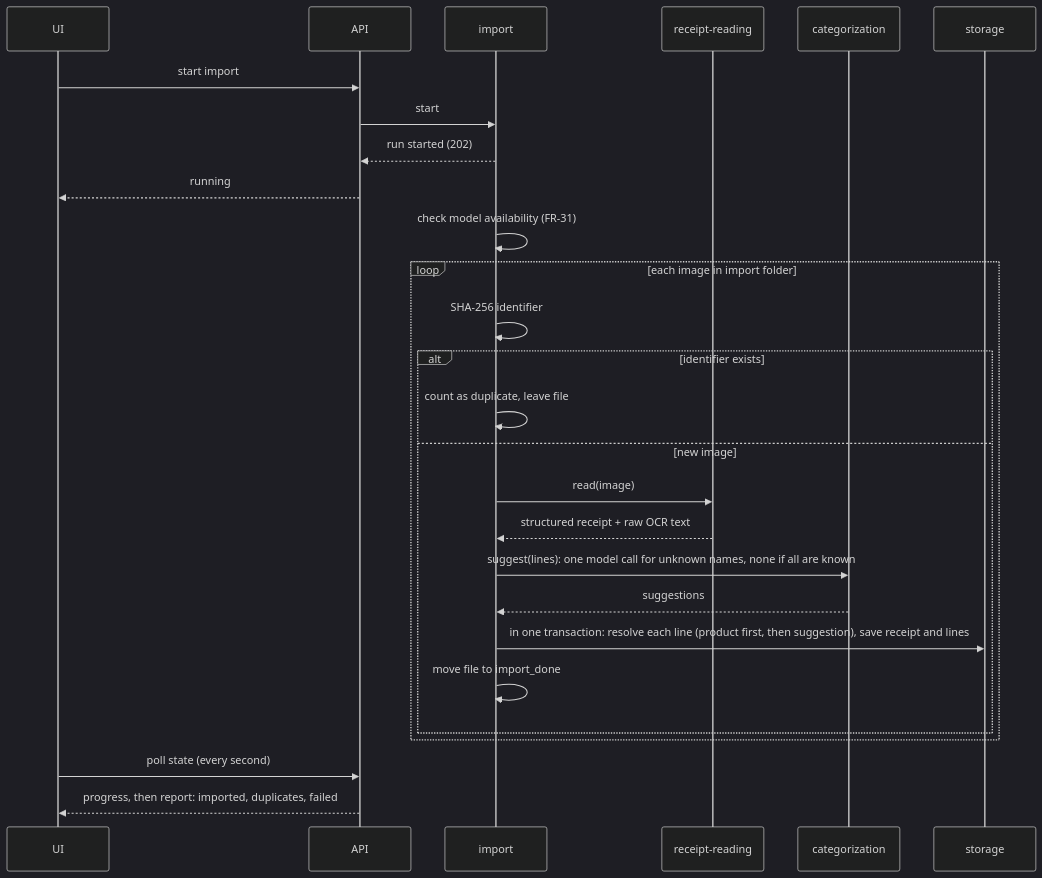
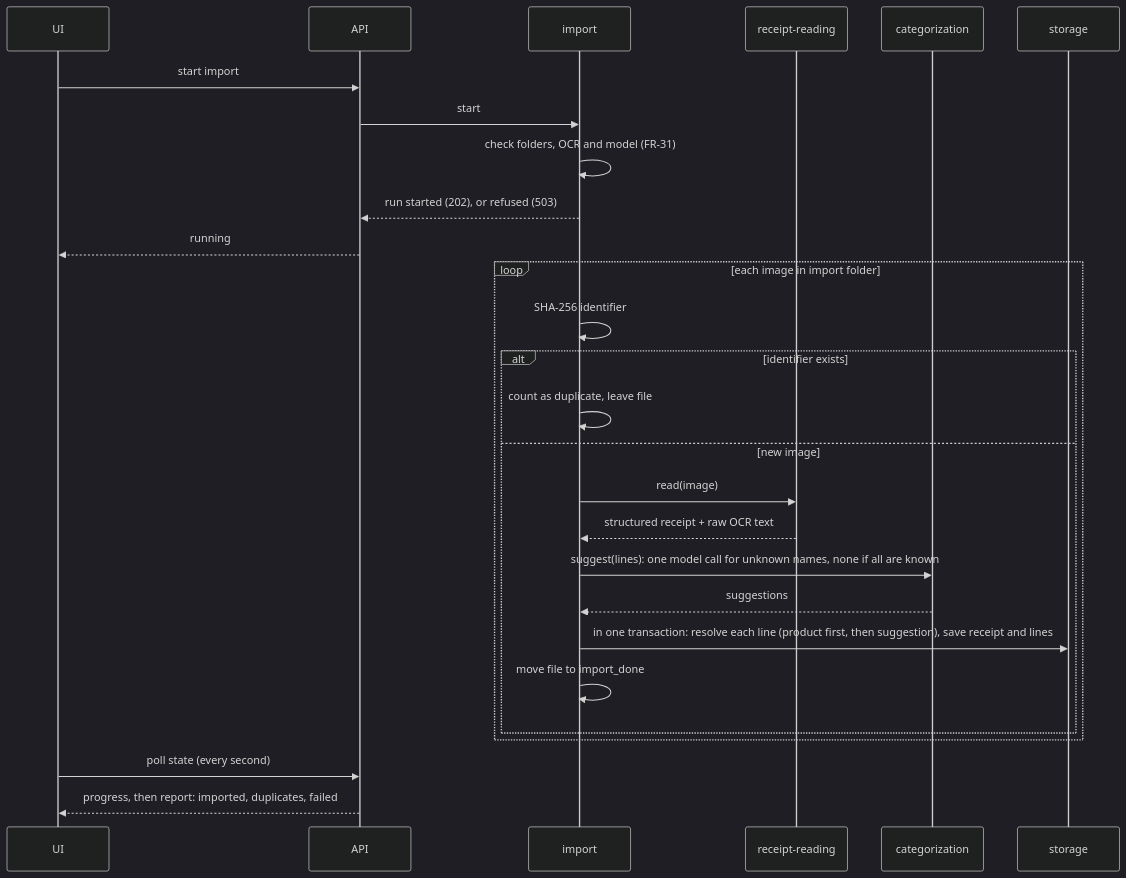
The second of 2 diagrams in docs/architecture.md (PekkaJuN/RRMCApplication), drawn with Mermaid (dark theme) before and after one commit. The commit also changed other lines of this file and 13 other files, not shown here.

````diff
--- a/docs/architecture.md
+++ b/docs/architecture.md
@@ -175,29 +177,29 @@
 ```mermaid
 sequenceDiagram
   participant U as UI
   participant A as API
   participant I as import
   participant R as receipt-reading
   participant C as categorization
   participant S as storage
   U->>A: start import
   A->>I: start
-  I-->>A: run started (202)
+  I->>I: check folders, OCR and model (FR-31)
+  I-->>A: run started (202), or refused (503)
   A-->>U: running
-  I->>I: check model availability (FR-31)
   loop each image in import folder
     I->>I: SHA-256 identifier
     alt identifier exists
       I->>I: count as duplicate, leave file
     else new image
       I->>R: read(image)
       R-->>I: structured receipt + raw OCR text
       I->>C: suggest(lines): one model call for unknown names, none if all are known
       C-->>I: suggestions
       I->>S: in one transaction: resolve each line (product first, then suggestion), save receipt and lines
       I->>I: move file to import_done
     end
   end
   U->>A: poll state (every second)
   A-->>U: progress, then report: imported, duplicates, failed
 ```
````
